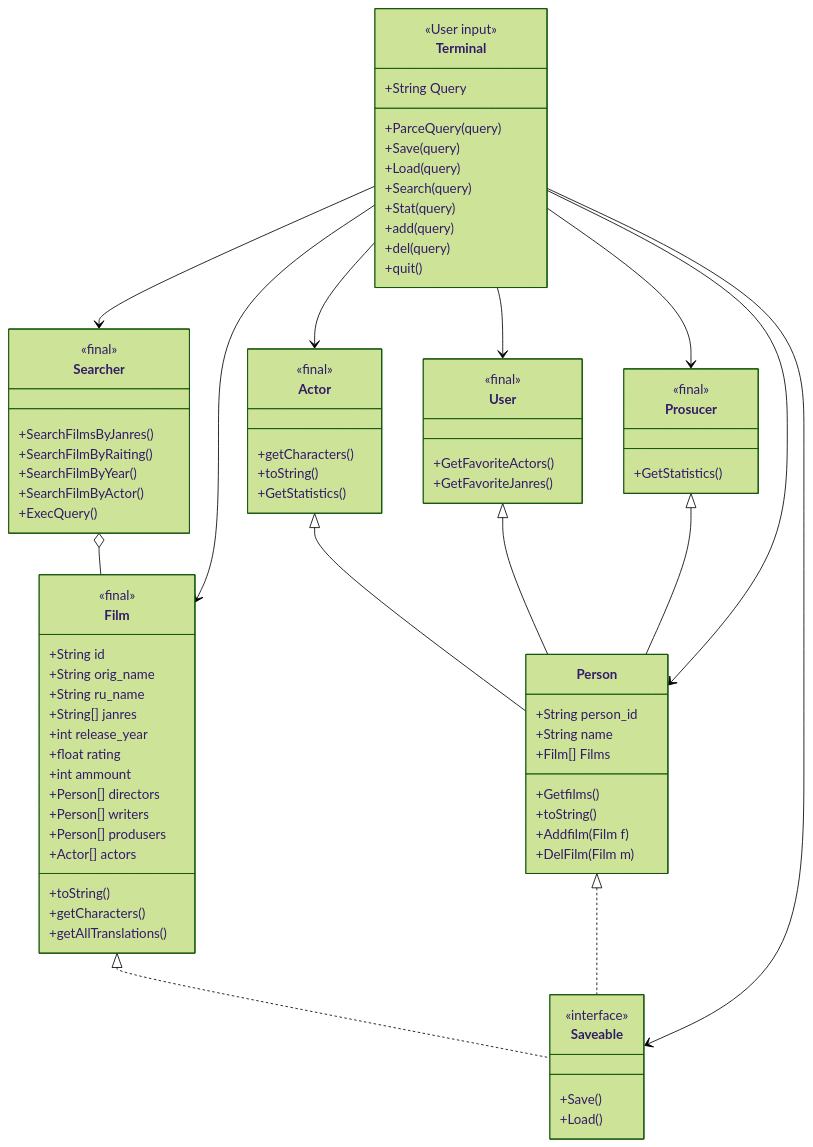
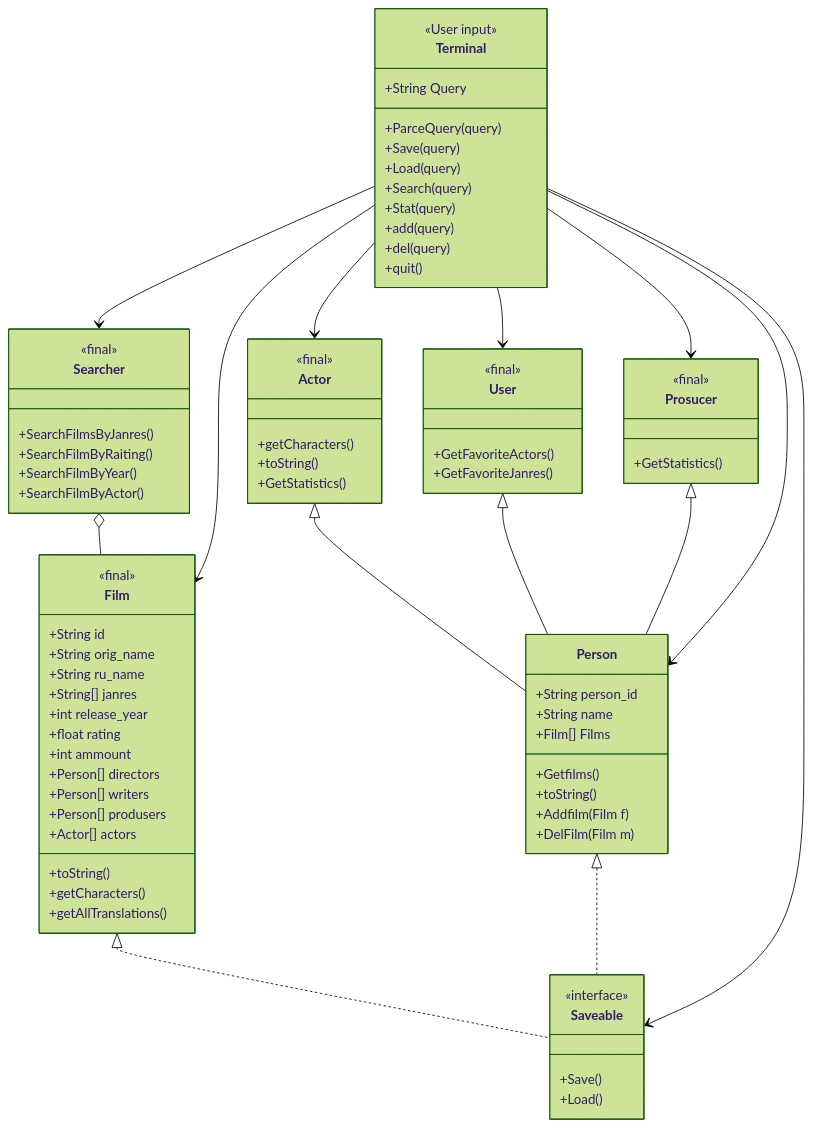
Before and after one commit to mmonastyrskiy/Programming_3_sem: the diagram in Java_OOP/Monastyrskiy/Java_project/docs/structure.md, drawn with Mermaid (forest theme).

```diff
--- a/Java_OOP/Monastyrskiy/Java_project/docs/structure.md
+++ b/Java_OOP/Monastyrskiy/Java_project/docs/structure.md
@@ -85,12 +85,10 @@
     
     class Searcher{
     <<final>>
-    <<>>
     +SearchFilmsByJanres()
     +SearchFilmByRaiting()
     +SearchFilmByYear()
     +SearchFilmByActor()
-    +ExecQuery()
     }
     
     Actor <|-- Person
```
